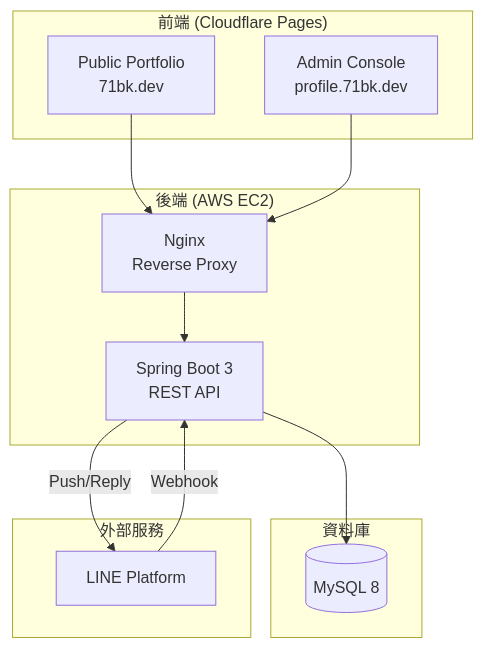
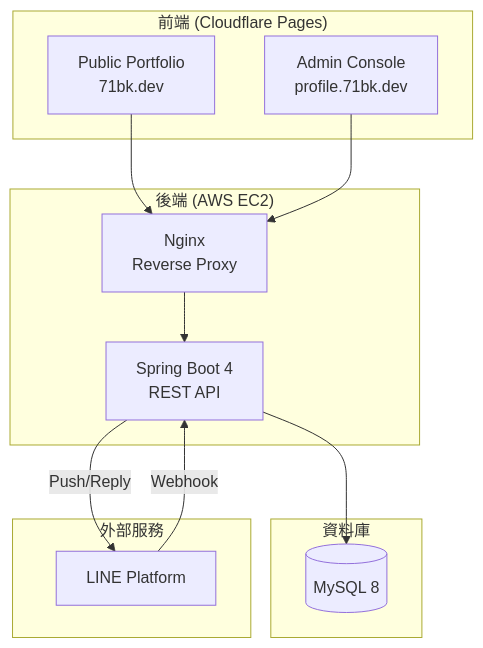
One commit to 71bk/71bk-landing changed the first of 3 diagrams in instruction/技術棧.md. Above: the diagram before and after it, drawn with Mermaid. The commit also changed other lines of this file and 119 other files, not shown here.

````diff
--- a/instruction/技術棧.md
+++ b/instruction/技術棧.md
@@ -9,27 +9,27 @@
 ```mermaid
 flowchart TB
   subgraph Frontend["前端 (Cloudflare Pages)"]
     PUB[Public Portfolio<br/>71bk.dev]
     ADM[Admin Console<br/>profile.71bk.dev]
   end
   
   subgraph Backend["後端 (AWS EC2)"]
     NX[Nginx<br/>Reverse Proxy]
-    SB[Spring Boot 3<br/>REST API]
+    SB[Spring Boot 4<br/>REST API]
   end
   
   subgraph Database["資料庫"]
     DB[(MySQL 8)]
   end
   
   subgraph External["外部服務"]
     LINE[LINE Platform]
   end
   
   PUB --> NX
   ADM --> NX
   NX --> SB
   SB --> DB
   LINE -->|Webhook| SB
   SB -->|Push/Reply| LINE
 ```
````
